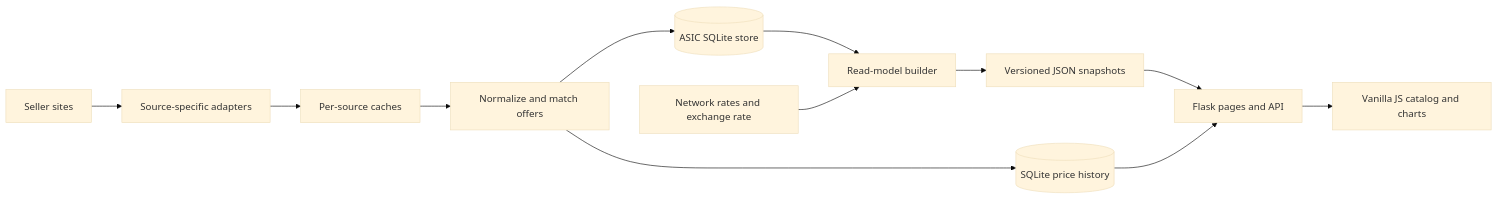
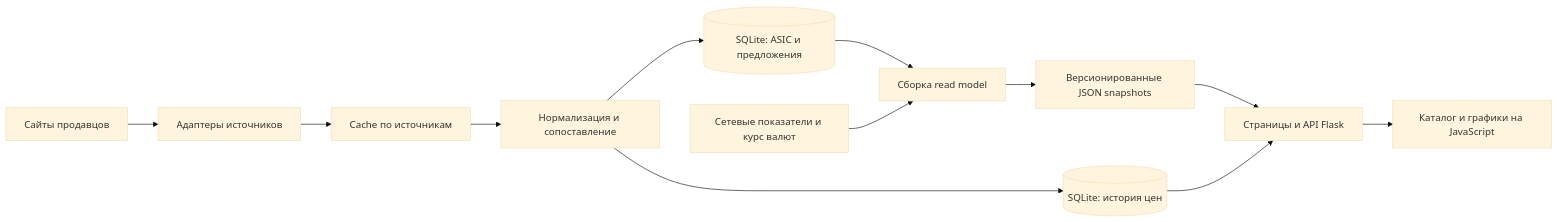
The diagram in README.md (2ss7/marginhash-architecture), drawn with Mermaid (base theme) before and after one commit. The commit also changed other lines of this file, not shown here.

```diff
--- a/README.md
+++ b/README.md
@@ -11,14 +11,14 @@
 ~~~mermaid
 flowchart LR
-    Sites[Seller sites] --> Adapters[Source-specific adapters]
-    Adapters --> Cache[Per-source caches]
-    Cache --> Merge[Normalize and match offers]
-    Merge --> ASIC[(ASIC SQLite store)]
-    ASIC --> Builder[Read-model builder]
-    Builder --> Snapshots[Versioned JSON snapshots]
-    Snapshots --> Web[Flask pages and API]
-    Web --> Browser[Vanilla JS catalog and charts]
-    Merge --> History[(SQLite price history)]
+    Sites[Сайты продавцов] --> Adapters[Адаптеры источников]
+    Adapters --> Cache[Cache по источникам]
+    Cache --> Merge[Нормализация и сопоставление]
+    Merge --> ASIC[(SQLite: ASIC и предложения)]
+    ASIC --> Builder[Сборка read model]
+    Builder --> Snapshots[Версионированные JSON snapshots]
+    Snapshots --> Web[Страницы и API Flask]
+    Web --> Browser[Каталог и графики на JavaScript]
+    Merge --> History[(SQLite: история цен)]
     History --> Web
-    Rates[Network rates and exchange rate] --> Builder
+    Rates[Сетевые показатели и курс валют] --> Builder
 ~~~
```
